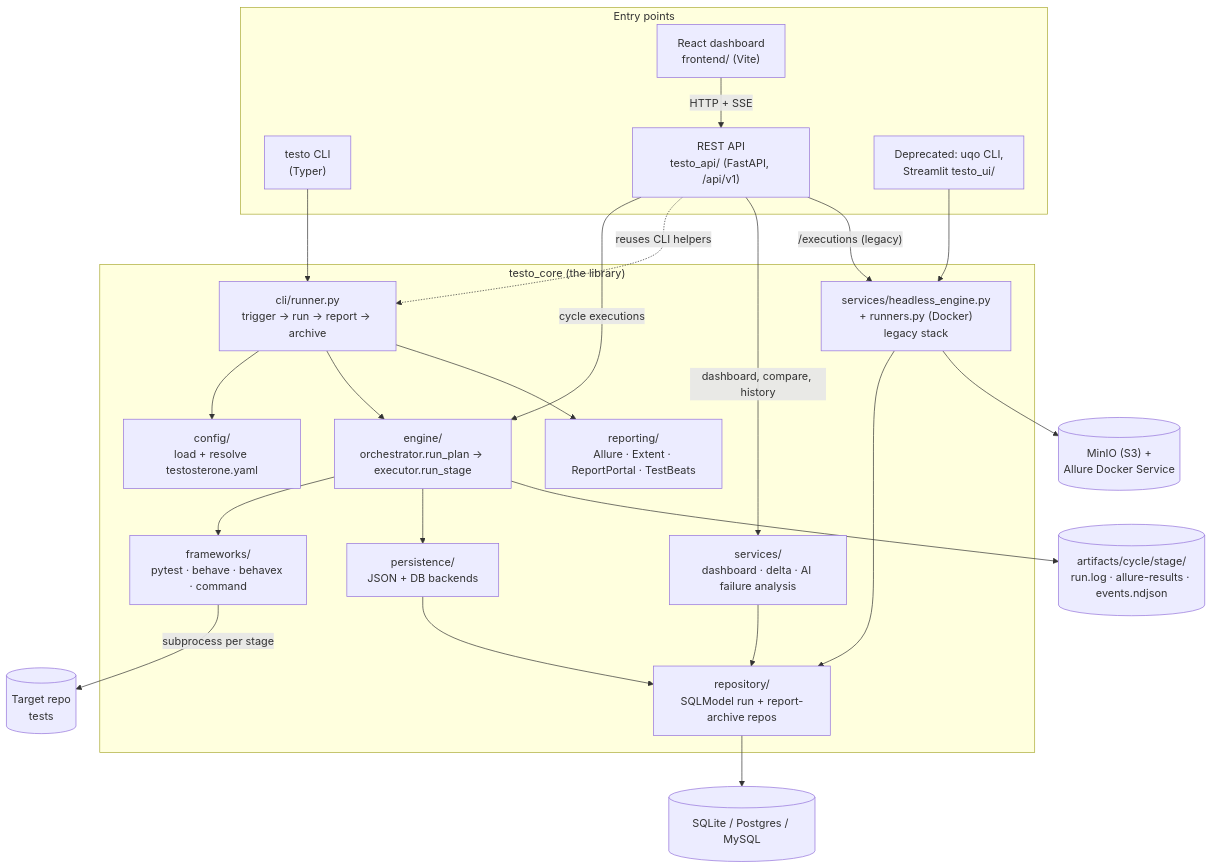
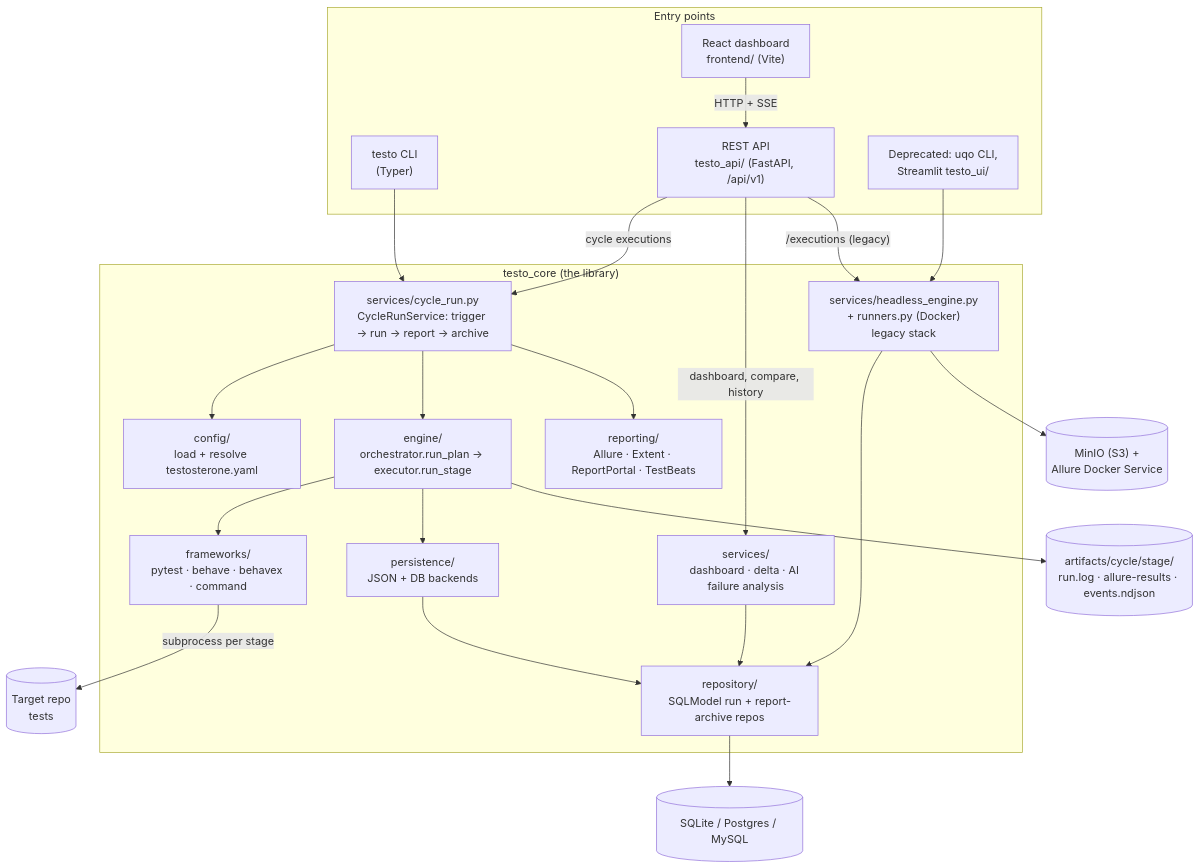
The diagram in ARCHITECTURE.md (taltal-beep/testosterone), drawn with Mermaid before and after one commit. The commit also changed other lines of this file and 14 other files, not shown here.

First line of the commit message:
refactor: move the cycle use case into CycleRunService (#60)

````diff
--- a/ARCHITECTURE.md
+++ b/ARCHITECTURE.md
@@ -9,44 +9,43 @@
 ```mermaid
 flowchart TB
     subgraph surfaces["Entry points"]
         CLI["testo CLI<br/>(Typer)"]
         UI["React dashboard<br/>frontend/ (Vite)"]
         API["REST API<br/>testo_api/ (FastAPI, /api/v1)"]
         LEG["Deprecated: uqo CLI,<br/>Streamlit testo_ui/"]
     end
 
     UI -- "HTTP + SSE" --> API
 
     subgraph core["testo_core (the library)"]
         CFG["config/<br/>load + resolve testosterone.yaml"]
-        UC["cli/runner.py<br/>trigger → run → report → archive"]
+        UC["services/cycle_run.py<br/>CycleRunService: trigger → run → report → archive"]
         ENG["engine/<br/>orchestrator.run_plan → executor.run_stage"]
         FW["frameworks/<br/>pytest · behave · behavex · command"]
         REP["reporting/<br/>Allure · Extent · ReportPortal · TestBeats"]
         PER["persistence/<br/>JSON + DB backends"]
         REPO["repository/<br/>SQLModel run + report-archive repos"]
         SVC["services/<br/>dashboard · delta · AI failure analysis"]
         HE["services/headless_engine.py<br/>+ runners.py (Docker)<br/>legacy stack"]
     end
 
     CLI --> UC
-    API -- "cycle executions" --> ENG
-    API -. "reuses CLI helpers" .-> UC
+    API -- "cycle executions" --> UC
     API -- "dashboard, compare, history" --> SVC
     API -- "/executions (legacy)" --> HE
     LEG --> HE
 
     UC --> CFG
     UC --> ENG
     UC --> REP
     ENG --> FW
     ENG --> PER
     PER --> REPO
     SVC --> REPO
     HE --> REPO
 
     FW -- "subprocess per stage" --> TARGET[("Target repo<br/>tests")]
     ENG --> ART[("artifacts/cycle/stage/<br/>run.log · allure-results · events.ndjson")]
     REPO --> DB[("SQLite / Postgres / MySQL")]
     HE --> S3[("MinIO (S3) +<br/>Allure Docker Service")]
 ```
````
